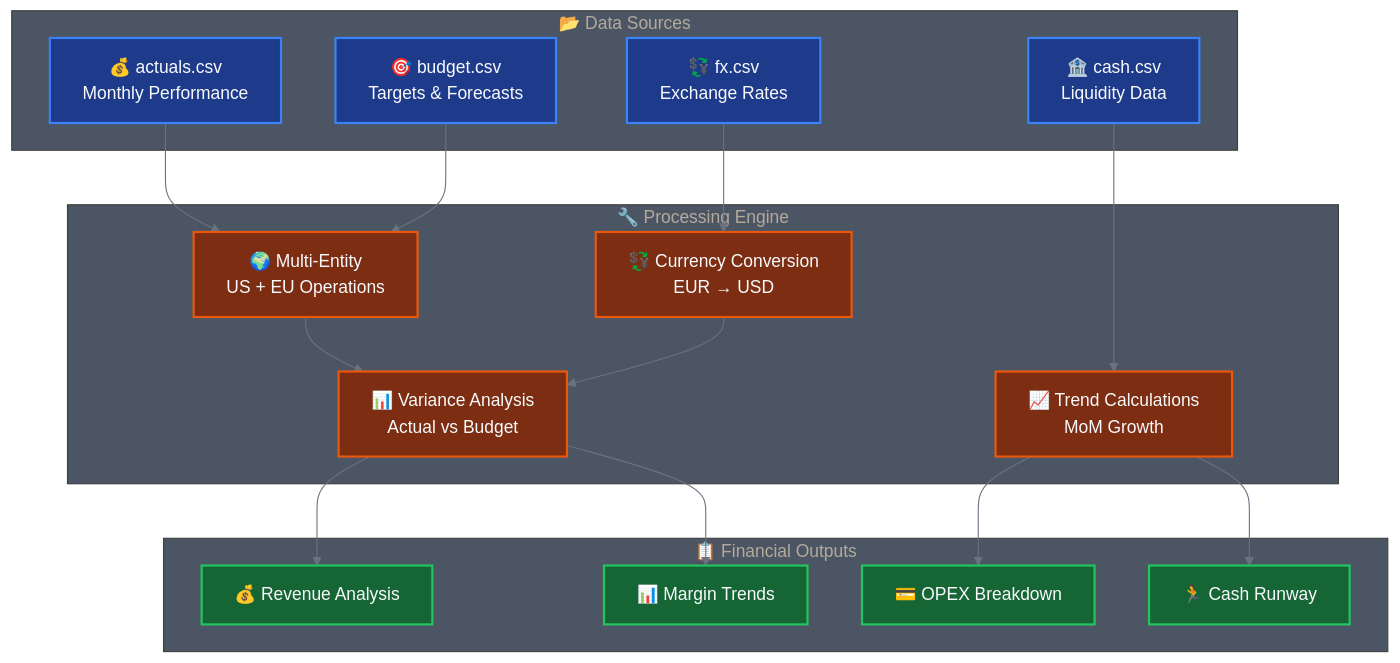
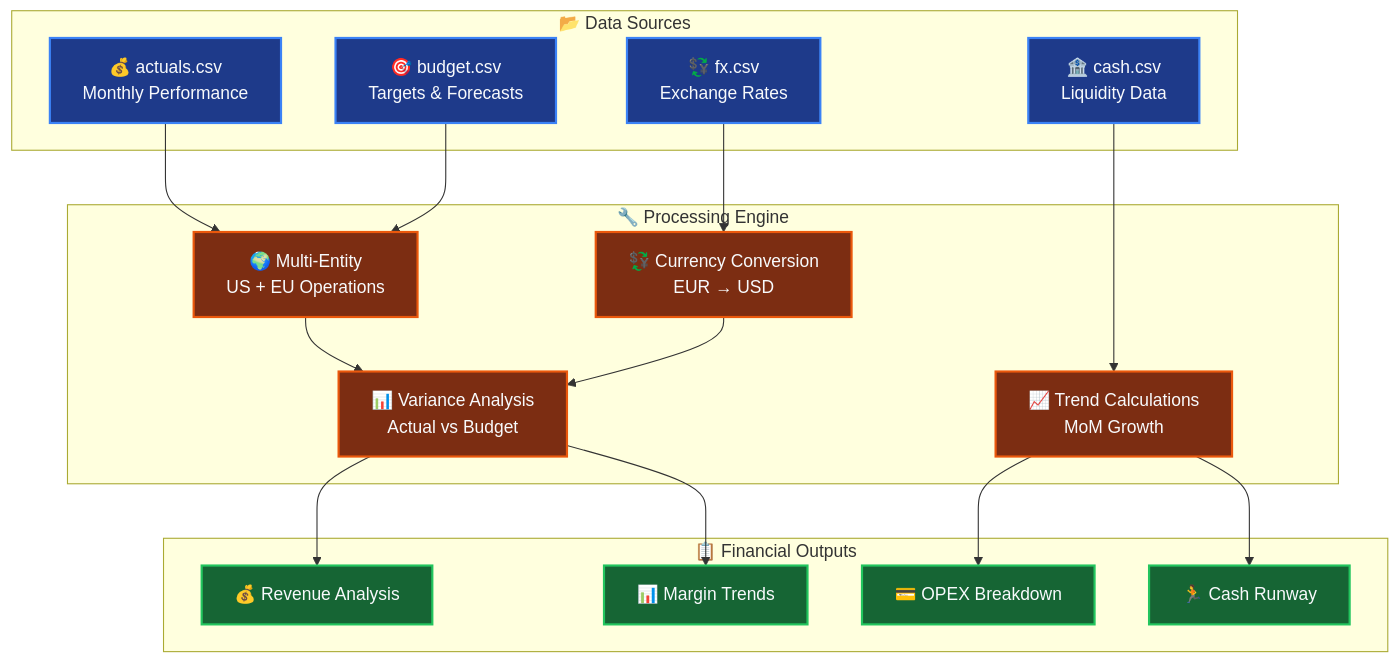
The sixth of 11 diagrams in README.md (jellyfishing2346/cfo-copilot), drawn with Mermaid before and after one commit. The commit also changed other lines of this file and 1 other file, not shown here.

````diff
--- a/README.md
+++ b/README.md
@@ -318,54 +335,43 @@
 ```mermaid
-%%{init: {
-  'theme': 'base',
-  'themeVariables': {
-    'primaryColor': '#1f2937',
-    'primaryTextColor': '#f9fafb', 
-    'primaryBorderColor': '#374151',
-    'lineColor': '#6b7280',
-    'secondaryColor': '#374151',
-    'tertiaryColor': '#4b5563'
-  }
-}}%%
 flowchart TB
     subgraph "📂 Data Sources"
         A[💰 actuals.csv<br/>Monthly Performance]
         B[🎯 budget.csv<br/>Targets & Forecasts]  
         C[💱 fx.csv<br/>Exchange Rates]
         D[🏦 cash.csv<br/>Liquidity Data]
     end
     
     subgraph "🔧 Processing Engine"
         E[🌍 Multi-Entity<br/>US + EU Operations]
         F[💱 Currency Conversion<br/>EUR → USD]
         G[📊 Variance Analysis<br/>Actual vs Budget]
         H[📈 Trend Calculations<br/>MoM Growth]
     end
     
     subgraph "📋 Financial Outputs"
         I[💰 Revenue Analysis]
         J[📊 Margin Trends] 
         K[💳 OPEX Breakdown]
         L[🏃 Cash Runway]
     end
     
     A --> E
     B --> E
     C --> F
     D --> H
     
     E --> G
     F --> G
     G --> I
     G --> J
     H --> K
     H --> L
     
     classDef dataStyle fill:#1e3a8a,stroke:#3b82f6,stroke-width:2px,color:#f8fafc
     classDef processStyle fill:#7c2d12,stroke:#ea580c,stroke-width:2px,color:#f8fafc
     classDef outputStyle fill:#166534,stroke:#22c55e,stroke-width:2px,color:#f8fafc
     
     class A,B,C,D dataStyle
     class E,F,G,H processStyle
     class I,J,K,L outputStyle
 ```
````
